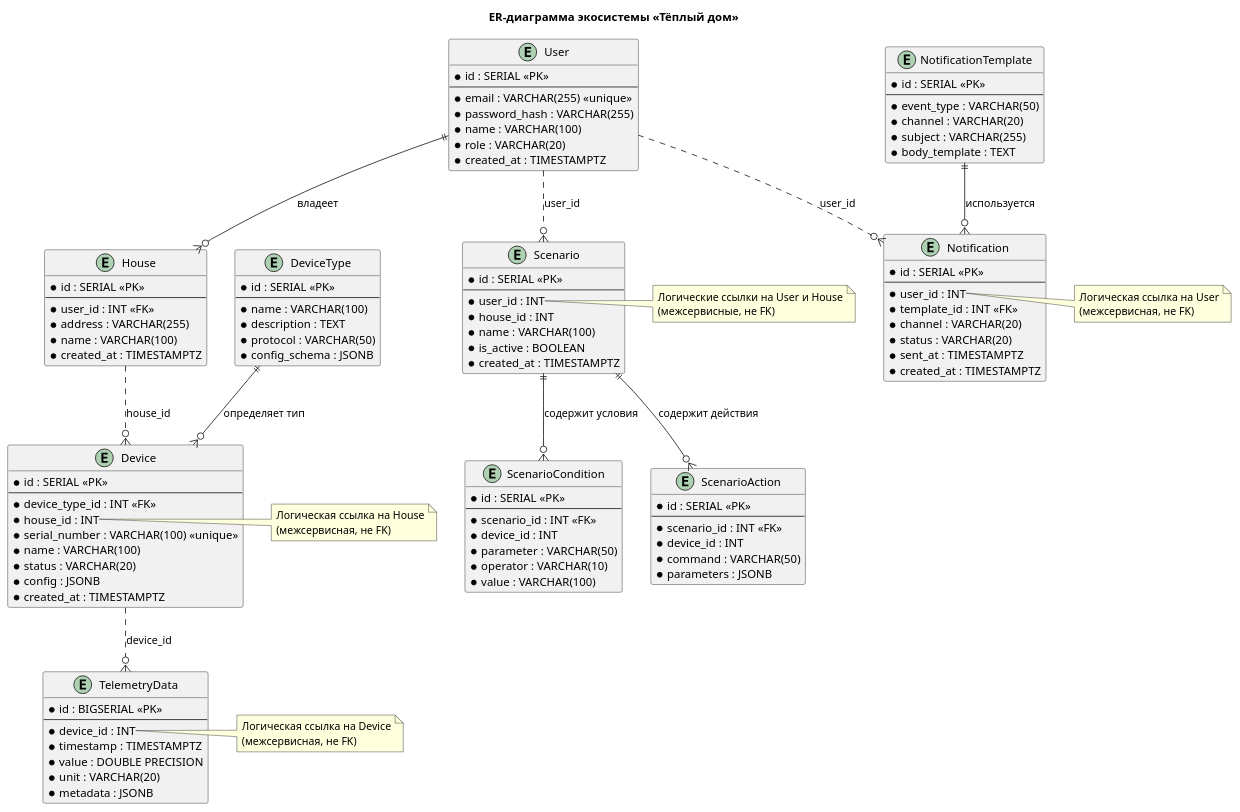
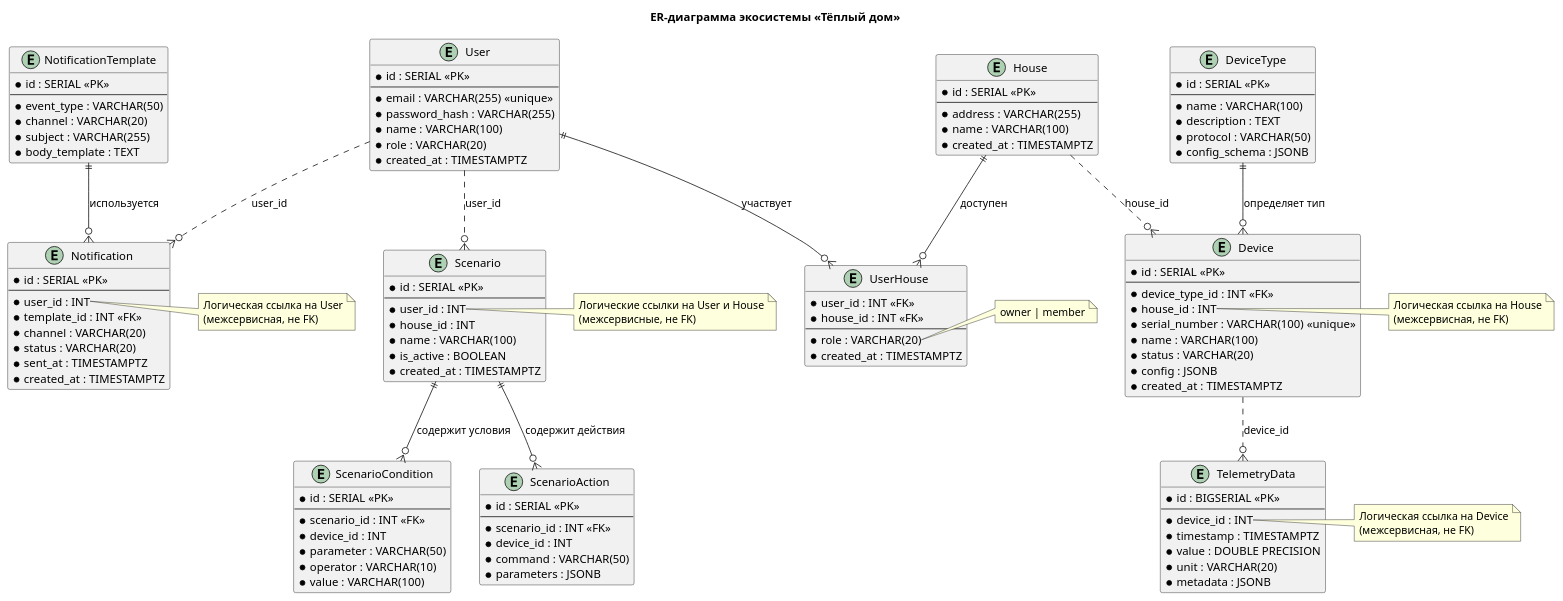
The diagram in schemas/er-diagram.puml (mcf11y/architecture-warmhouse), drawn with PlantUML before and after one commit. The commit also changed 1 other file, not shown here.

```diff
--- a/schemas/er-diagram.puml
+++ b/schemas/er-diagram.puml
@@ -1,137 +1,149 @@
 @startuml
 title ER-диаграмма экосистемы «Тёплый дом»
 
 entity "User" as user {
     * id : SERIAL <<PK>>
     --
     * email : VARCHAR(255) <<unique>>
     * password_hash : VARCHAR(255)
     * name : VARCHAR(100)
     * role : VARCHAR(20)
     * created_at : TIMESTAMPTZ
 }
 
 entity "House" as house {
     * id : SERIAL <<PK>>
     --
-    * user_id : INT <<FK>>
     * address : VARCHAR(255)
     * name : VARCHAR(100)
     * created_at : TIMESTAMPTZ
 }
+
+entity "UserHouse" as user_house {
+    * user_id : INT <<FK>>
+    * house_id : INT <<FK>>
+    --
+    * role : VARCHAR(20)
+    * created_at : TIMESTAMPTZ
+}
+
+note right of user_house::role
+  owner | member
+end note
 
 entity "DeviceType" as device_type {
     * id : SERIAL <<PK>>
     --
     * name : VARCHAR(100)
     * description : TEXT
     * protocol : VARCHAR(50)
     * config_schema : JSONB
 }
 
 entity "Device" as device {
     * id : SERIAL <<PK>>
     --
     * device_type_id : INT <<FK>>
     * house_id : INT
     * serial_number : VARCHAR(100) <<unique>>
     * name : VARCHAR(100)
     * status : VARCHAR(20)
     * config : JSONB
     * created_at : TIMESTAMPTZ
 }
 
 note right of device::house_id
   Логическая ссылка на House
   (межсервисная, не FK)
 end note
 
 entity "TelemetryData" as telemetry {
     * id : BIGSERIAL <<PK>>
     --
     * device_id : INT
     * timestamp : TIMESTAMPTZ
     * value : DOUBLE PRECISION
     * unit : VARCHAR(20)
     * metadata : JSONB
 }
 
 note right of telemetry::device_id
   Логическая ссылка на Device
   (межсервисная, не FK)
 end note
 
 entity "Scenario" as scenario {
     * id : SERIAL <<PK>>
     --
     * user_id : INT
     * house_id : INT
     * name : VARCHAR(100)
     * is_active : BOOLEAN
     * created_at : TIMESTAMPTZ
 }
 
 note right of scenario::user_id
   Логические ссылки на User и House
   (межсервисные, не FK)
 end note
 
 entity "ScenarioCondition" as condition {
     * id : SERIAL <<PK>>
     --
     * scenario_id : INT <<FK>>
     * device_id : INT
     * parameter : VARCHAR(50)
     * operator : VARCHAR(10)
     * value : VARCHAR(100)
 }
 
 entity "ScenarioAction" as action {
     * id : SERIAL <<PK>>
     --
     * scenario_id : INT <<FK>>
     * device_id : INT
     * command : VARCHAR(50)
     * parameters : JSONB
 }
 
 entity "NotificationTemplate" as template {
     * id : SERIAL <<PK>>
     --
     * event_type : VARCHAR(50)
     * channel : VARCHAR(20)
     * subject : VARCHAR(255)
     * body_template : TEXT
 }
 
 entity "Notification" as notification {
     * id : SERIAL <<PK>>
     --
     * user_id : INT
     * template_id : INT <<FK>>
     * channel : VARCHAR(20)
     * status : VARCHAR(20)
     * sent_at : TIMESTAMPTZ
     * created_at : TIMESTAMPTZ
 }
 
 note right of notification::user_id
   Логическая ссылка на User
   (межсервисная, не FK)
 end note
 
-user ||--o{ house : "владеет"
+user ||--o{ user_house : "участвует"
+house ||--o{ user_house : "доступен"
 
 device_type ||--o{ device : "определяет тип"
 
 scenario ||--o{ condition : "содержит условия"
 scenario ||--o{ action : "содержит действия"
 
 template ||--o{ notification : "используется"
 
 house ..o{ device : "house_id"
 device ..o{ telemetry : "device_id"
 user ..o{ scenario : "user_id"
 user ..o{ notification : "user_id"
 
 @enduml
```
